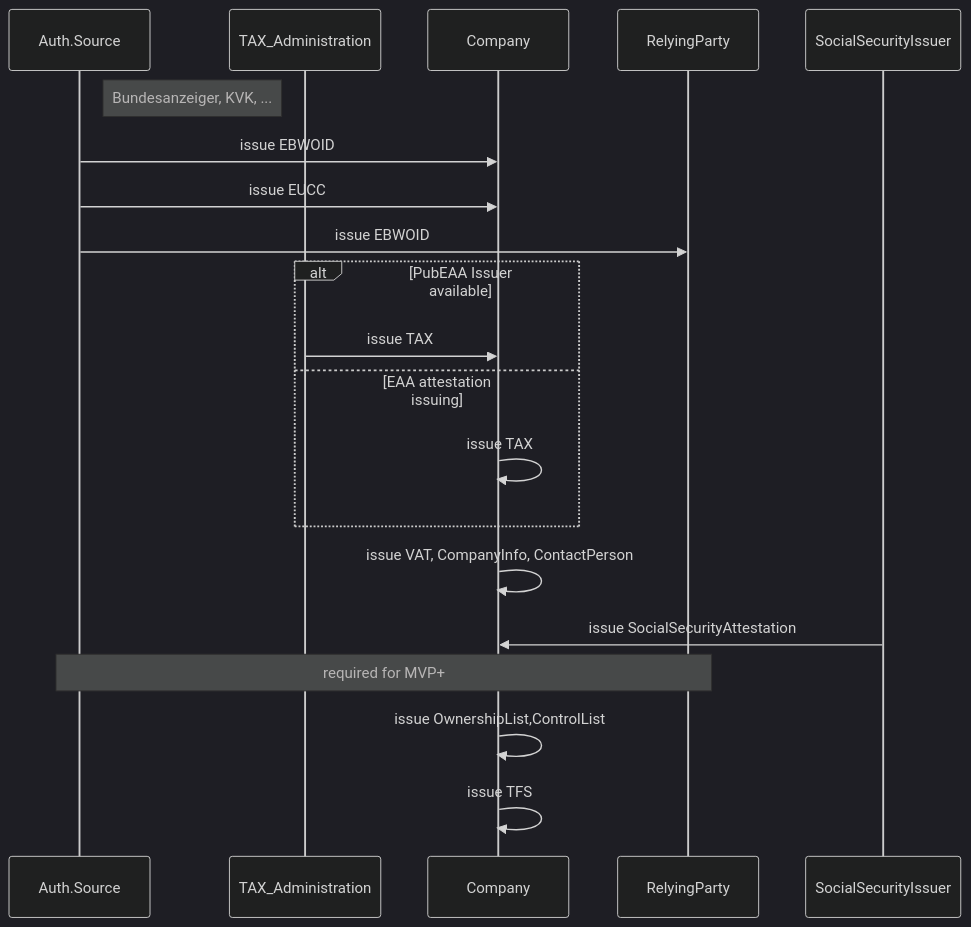
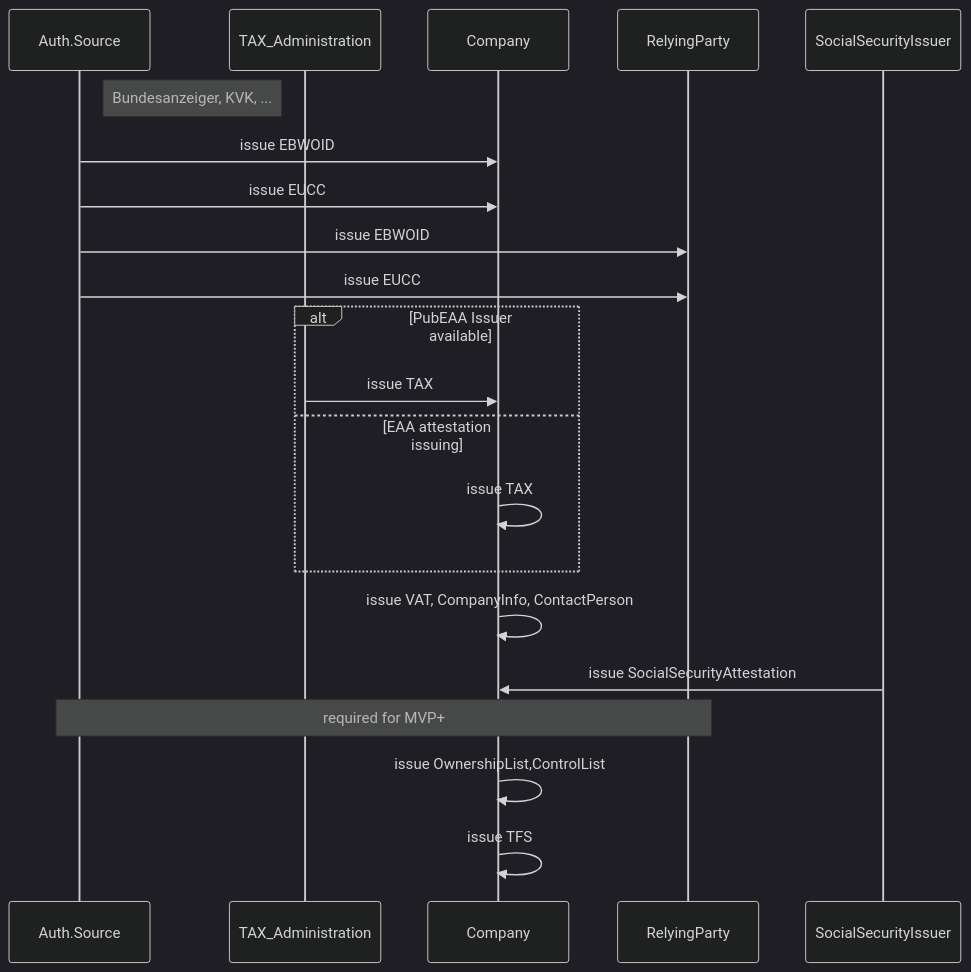
One commit to DominicHurni/wp3-technology-standards changed the first of 7 diagrams in BU1/BU1_KYC.md. Above: the diagram before and after it, drawn with Mermaid (dark theme). The commit also changed other lines of this file, not shown here.

````diff
--- a/BU1/BU1_KYC.md
+++ b/BU1/BU1_KYC.md
@@ -21,26 +21,28 @@
 ```mermaid
 sequenceDiagram
     participant Auth.Source 
     note right of Auth.Source : Bundesanzeiger, KVK, ...
     participant TAX_Administration 
     participant Company
     participant RelyingParty
     participant SocialSecurityIssuer
 
     Auth.Source ->> Company : issue EBWOID  
     Auth.Source ->> Company : issue EUCC
     Auth.Source ->> RelyingParty : issue EBWOID
-    
+    Auth.Source ->> RelyingParty : issue EUCC
+
+
     alt PubEAA Issuer available
         TAX_Administration ->> Company : issue TAX
     else EAA attestation issuing
         Company ->> Company: issue TAX
     end
     
     Company ->> Company: issue VAT, CompanyInfo, ContactPerson
     SocialSecurityIssuer->> Company: issue SocialSecurityAttestation 
         
     Note over Auth.Source ,RelyingParty: required for MVP+   
     Company ->> Company: issue OwnershipList,ControlList
     Company ->> Company: issue TFS 
 ```
````
